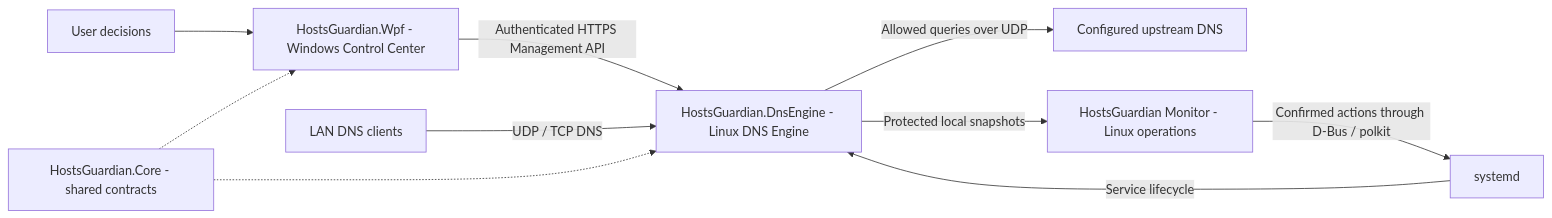
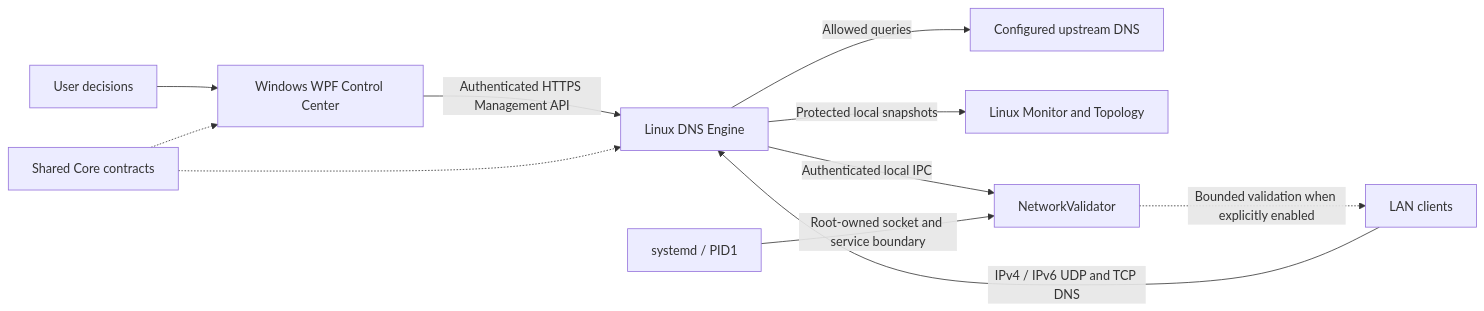
Before and after one commit to Lacel1988/HostsGuardian: the diagram in README.md, drawn with Mermaid. The commit also changed other lines of this file and 180 other files, not shown here.

Commit message:
release: HostsGuardian v0.4.0 topology and validated network foundation

````diff
--- a/README.md
+++ b/README.md
@@ -13,12 +13,13 @@
 ```mermaid
 flowchart LR
-    User[User decisions] --> WPF[HostsGuardian.Wpf - Windows Control Center]
-    WPF -->|Authenticated HTTPS Management API| Engine[HostsGuardian.DnsEngine - Linux DNS Engine]
-    LAN[LAN DNS clients] -->|UDP / TCP DNS| Engine
-    Engine -->|Allowed queries over UDP| Upstream[Configured upstream DNS]
-    Engine -->|Protected local snapshots| Monitor[HostsGuardian Monitor - Linux operations]
-    Monitor -->|Confirmed actions through D-Bus / polkit| Systemd[systemd]
-    Systemd -->|Service lifecycle| Engine
-    Core[HostsGuardian.Core - shared contracts] -.-> WPF
+    User[User decisions] --> WPF[Windows WPF Control Center]
+    WPF -->|Authenticated HTTPS Management API| Engine[Linux DNS Engine]
+    LAN[LAN clients] -->|IPv4 / IPv6 UDP and TCP DNS| Engine
+    Engine -->|Allowed queries| Upstream[Configured upstream DNS]
+    Engine -->|Protected local snapshots| Monitor[Linux Monitor and Topology]
+    Engine -->|Authenticated local IPC| Validator[NetworkValidator]
+    Systemd[systemd / PID1] -->|Root-owned socket and service boundary| Validator
+    Validator -.->|Bounded validation when explicitly enabled| LAN
+    Core[Shared Core contracts] -.-> WPF
     Core -.-> Engine
 ```
````
